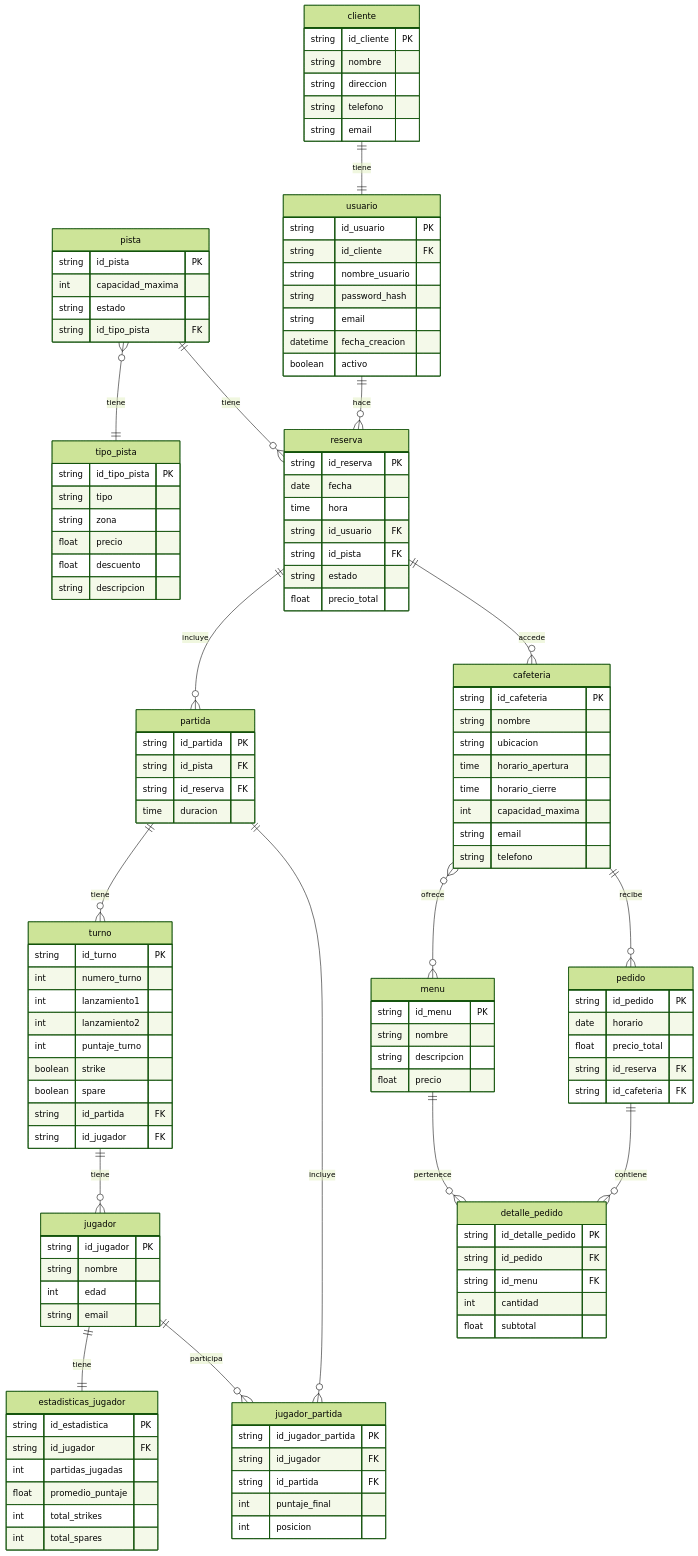
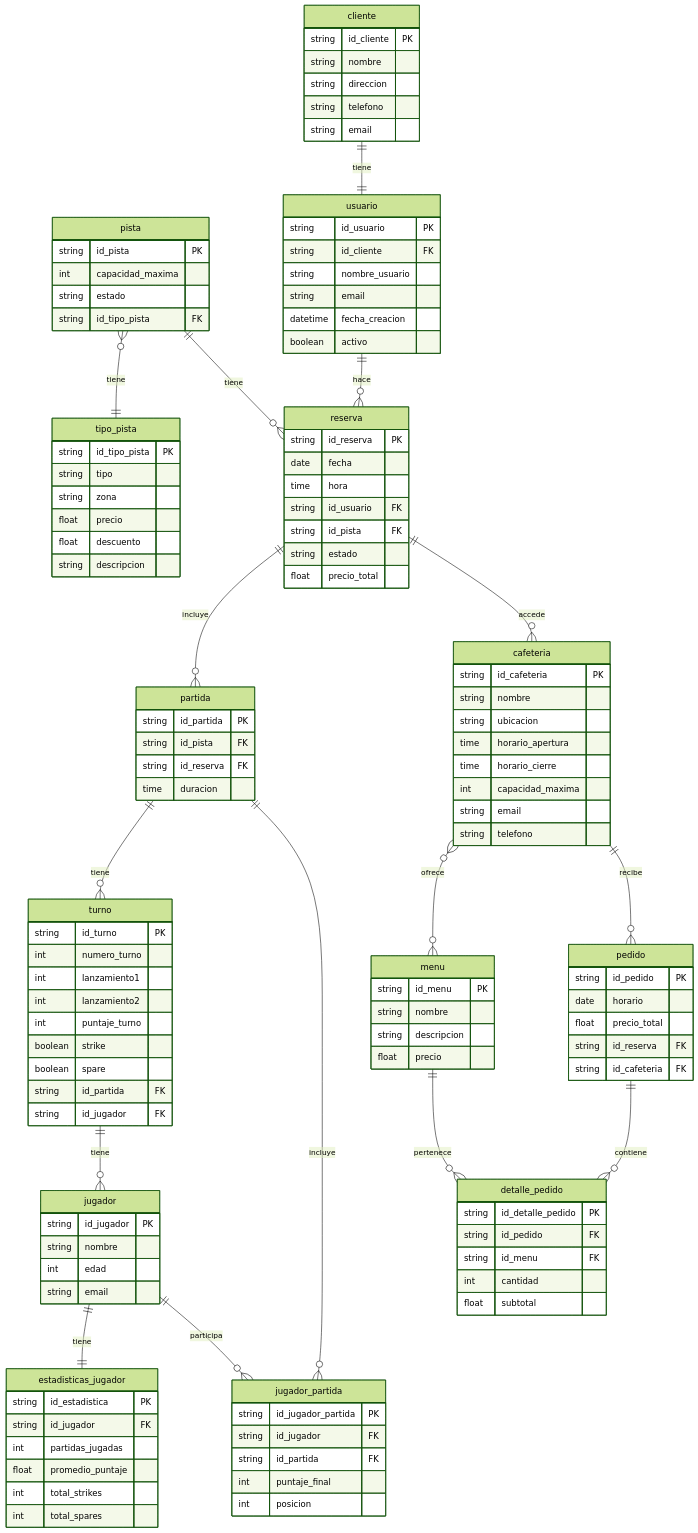
Before and after one commit to Villada-PG3/trabajo-practico-integrador-centro-bowling: the diagram in centro_bowling.mermaid, drawn with Mermaid (forest theme). The commit also changed 1 other file, not shown here.

```diff
--- a/centro_bowling.mermaid
+++ b/centro_bowling.mermaid
@@ -1,137 +1,136 @@
 erDiagram
     jugador ||--|| estadisticas_jugador : tiene
     pista }o--|| tipo_pista : tiene
     pista ||--o{ reserva : tiene
     usuario ||--o{ reserva : hace
     reserva ||--o{ partida : incluye
     partida ||--o{ turno : tiene
     turno ||--o{ jugador : tiene
     reserva ||--o{ cafeteria : accede
     cafeteria }o--o{ menu : ofrece
     cafeteria ||--o{ pedido : recibe
     jugador ||--o{ jugador_partida : participa
     partida ||--o{ jugador_partida : incluye
     pedido ||--o{ detalle_pedido : contiene
     menu ||--o{ detalle_pedido : pertenece
     cliente ||--|| usuario : tiene
 
     estadisticas_jugador {
         string id_estadistica PK
         string id_jugador FK
         int partidas_jugadas
         float promedio_puntaje
         int total_strikes
         int total_spares
     }
 
     usuario {
         string id_usuario PK
         string id_cliente FK
         string nombre_usuario
-        string password_hash
         string email
         datetime fecha_creacion
         boolean activo
     }
 
     pista {
         string id_pista PK
         int capacidad_maxima
         string estado
         string id_tipo_pista FK
     }
 
     tipo_pista {
         string id_tipo_pista PK
         string tipo
         string zona
         float precio
         float descuento
         string descripcion
     }
 
     cafeteria {
         string id_cafeteria PK
         string nombre
         string ubicacion
         time horario_apertura
         time horario_cierre
         int capacidad_maxima
         string email
         string telefono
     }
 
     menu {
         string id_menu PK
         string nombre
         string descripcion
         float precio
     }
 
     pedido {
         string id_pedido PK
         date horario
         float precio_total
         string id_reserva FK
         string id_cafeteria FK
     }
 
     detalle_pedido {
         string id_detalle_pedido PK
         string id_pedido FK
         string id_menu FK
         int cantidad
         float subtotal
     }
 
     cliente {
         string id_cliente PK
         string nombre
         string direccion
         string telefono
         string email
     }
 
     reserva {
         string id_reserva PK
         date fecha
         time hora
         string id_usuario FK
         string id_pista FK
         string estado
         float precio_total
     }
 
     partida {
         string id_partida PK
         string id_pista FK
         string id_reserva FK
         time duracion
     }
 
     jugador {
         string id_jugador PK
         string nombre
         int edad
         string email
     }
 
     jugador_partida {
         string id_jugador_partida PK
         string id_jugador FK
         string id_partida FK
         int puntaje_final
         int posicion
     }
 
     turno {
         string id_turno PK
         int numero_turno
         int lanzamiento1
         int lanzamiento2
         int puntaje_turno
         boolean strike
         boolean spare
         string id_partida FK
         string id_jugador FK
     }
```
